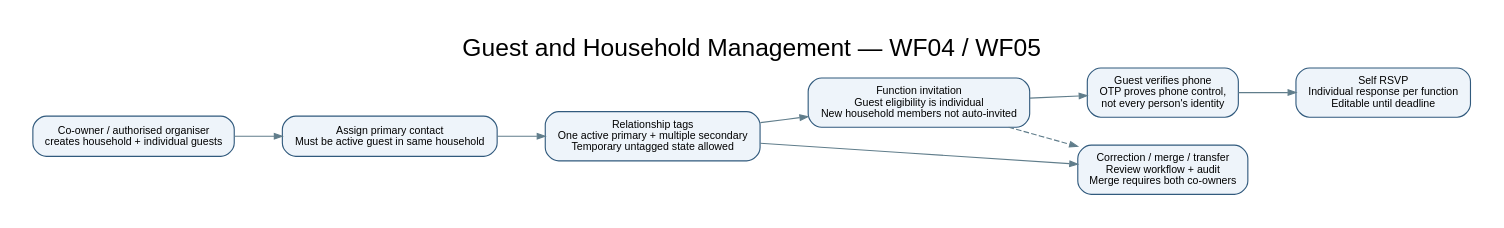
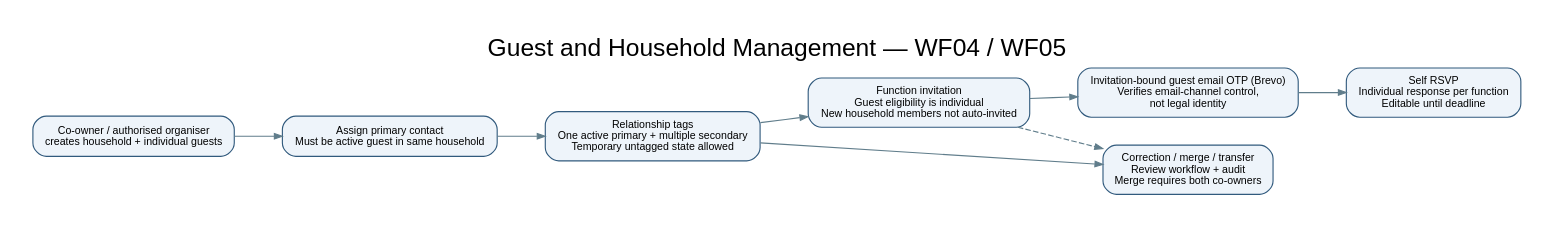
Before and after one commit to codeX4r/make-my-marrige: the diagram in docs/05-business-workflows/diagrams/guest-management.dot, drawn with Graphviz. The commit also changed 24 other files, not shown here.

```diff
--- a/docs/05-business-workflows/diagrams/guest-management.dot
+++ b/docs/05-business-workflows/diagrams/guest-management.dot
@@ -1,14 +1,14 @@
 digraph G {
  graph [rankdir=LR, bgcolor="white", pad="0.3", nodesep="0.35", ranksep="0.6", labelloc=t, label="Guest and Household Management — WF04 / WF05", fontsize=22, fontname="Arial"];
  node [shape=box, style="rounded,filled", fontname="Arial", fontsize=9.5, margin="0.14,0.1", color="#315A7D", fillcolor="#EEF4FA"];
  edge [fontname="Arial", fontsize=8.5, color="#607D8B", arrowsize=0.7];
  create [label="Co-owner / authorised organiser\ncreates household + individual guests"];
  contact [label="Assign primary contact\nMust be active guest in same household"];
  tags [label="Relationship tags\nOne active primary + multiple secondary\nTemporary untagged state allowed"];
  invite [label="Function invitation\nGuest eligibility is individual\nNew household members not auto-invited"];
- otp [label="Guest verifies phone\nOTP proves phone control,\nnot every person's identity"];
+ otp [label="Invitation-bound guest email OTP (Brevo)\nVerifies email-channel control,\nnot legal identity"];
  rsvp [label="Self RSVP\nIndividual response per function\nEditable until deadline"];
  request [label="Correction / merge / transfer\nReview workflow + audit\nMerge requires both co-owners"];
  create -> contact -> tags -> invite -> otp -> rsvp;
  tags -> request; invite -> request [style=dashed];
 }
```
